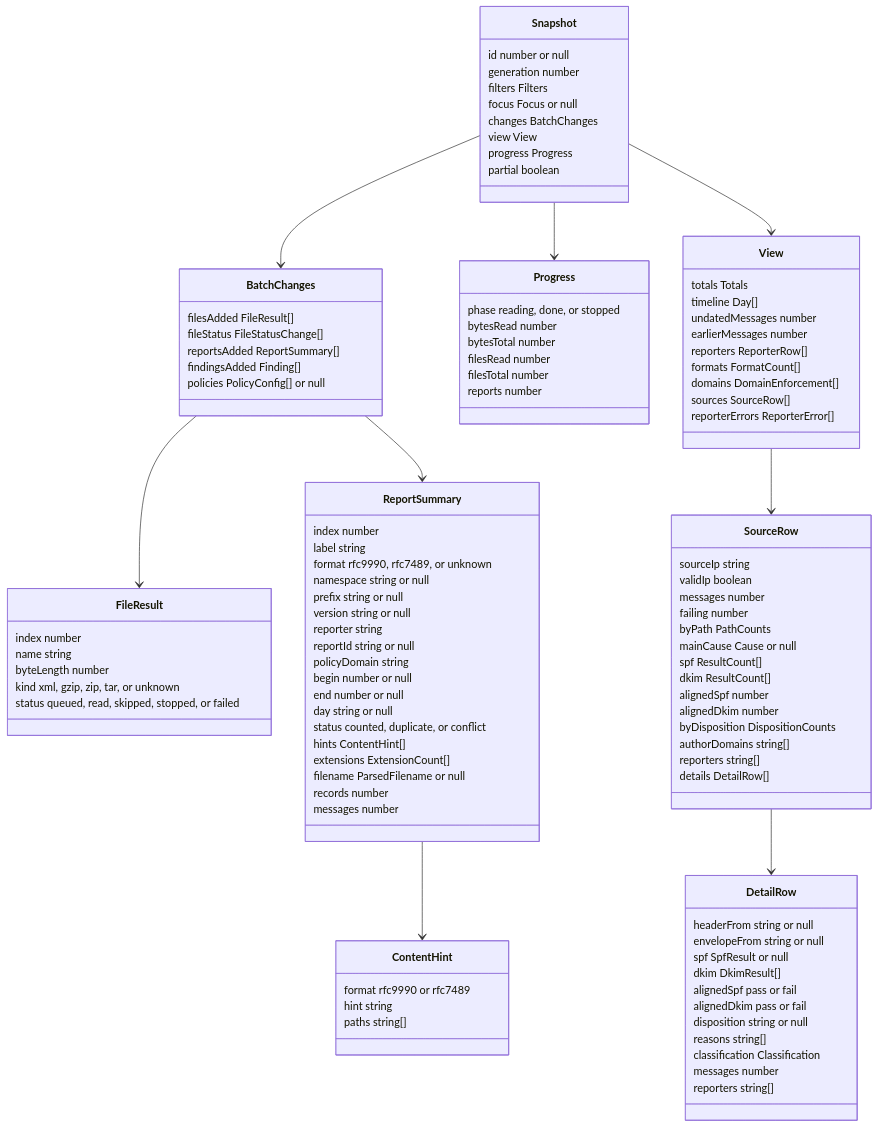
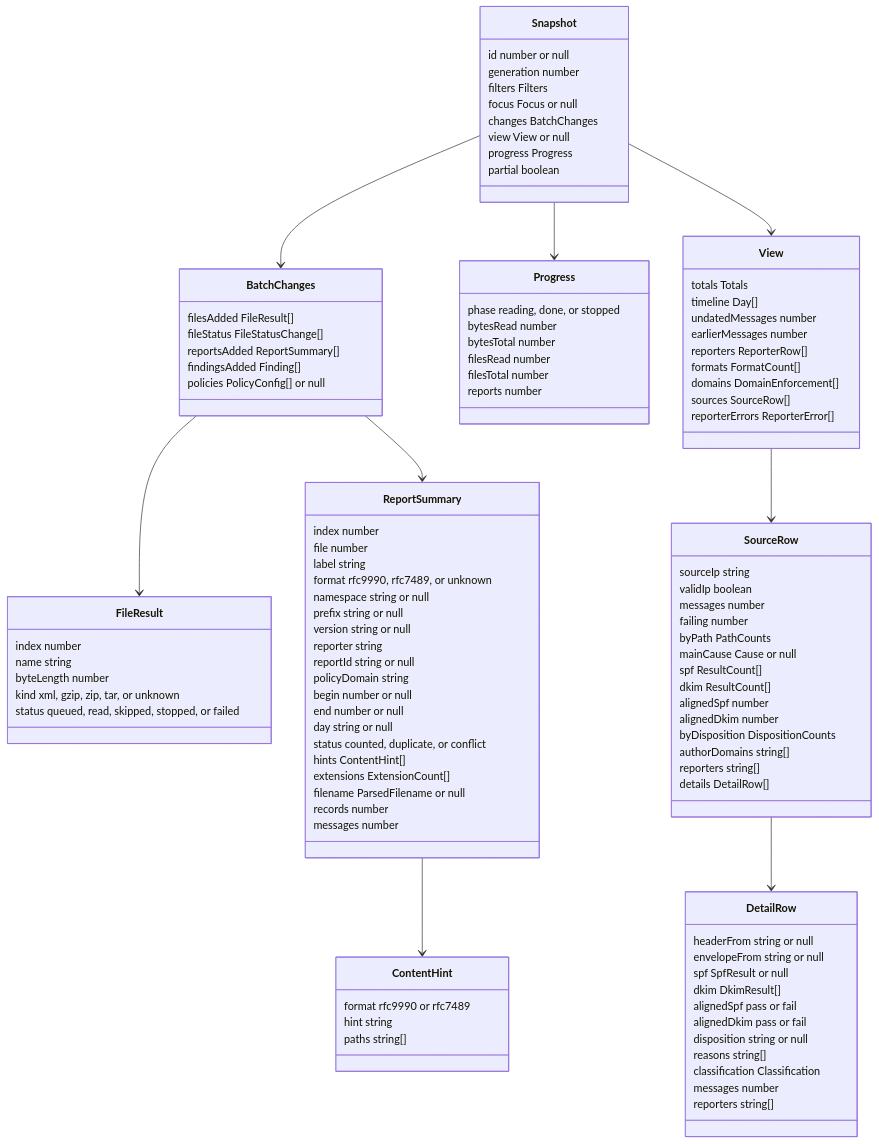
One commit to photom/benchside changed the first of 2 diagrams in docs/reference/dmarc-aggregate/report.md. Above: the diagram before and after it, drawn with Mermaid. The commit also changed other lines of this file and 6 other files, not shown here.

```diff
--- a/docs/reference/dmarc-aggregate/report.md
+++ b/docs/reference/dmarc-aggregate/report.md
@@ -14,7 +14,7 @@
     filters Filters
     focus Focus or null
     changes BatchChanges
-    view View
+    view View or null
     progress Progress
     partial boolean
   }
@@ -34,6 +34,7 @@
   }
   class ReportSummary {
     index number
+    file number
     label string
     format rfc9990, rfc7489, or unknown
     namespace string or null
```
